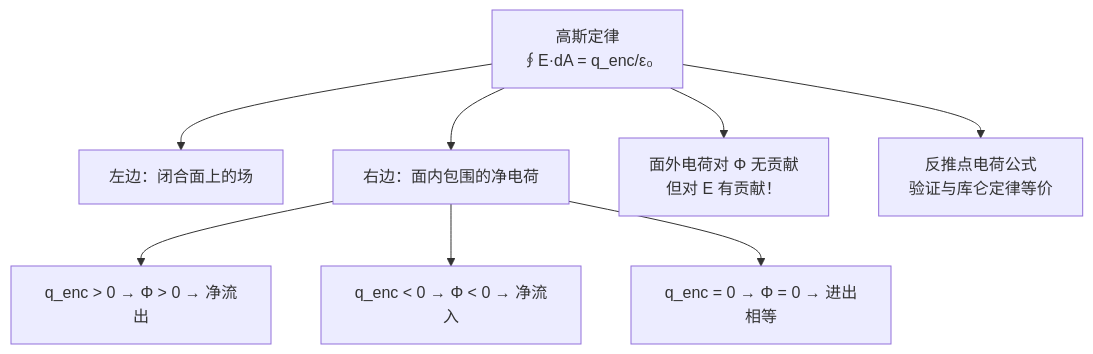
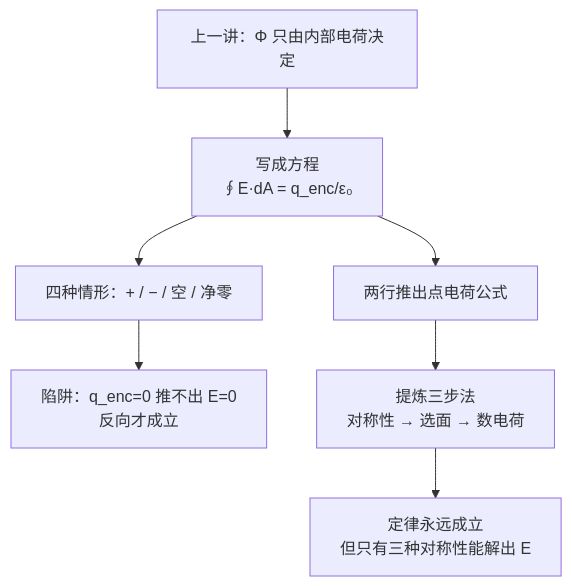
One commit to KayeAdams515/ClaudeNotes changed the first of 2 diagrams in 物理/C23.2 高斯定律.md. Above: the diagram before and after it, drawn with Mermaid. The commit also changed other lines of this file and 74 other files, not shown here.

````diff
--- a/物理/C23.2 高斯定律.md
+++ b/物理/C23.2 高斯定律.md
@@ -15,10 +21,9 @@
 ```mermaid
 graph TD
-    A["高斯定律<br/>∮E·dA = q_enc/ε₀"] --> B["左边：闭合面上的场"]
-    A --> C["右边：面内包围的净电荷"]
-    C --> D["q_enc > 0 → Φ > 0 → 净流出"]
-    C --> E["q_enc < 0 → Φ < 0 → 净流入"]
-    C --> F["q_enc = 0 → Φ = 0 → 进出相等"]
-    A --> G["面外电荷对 Φ 无贡献<br/>但对 E 有贡献！"]
-    A --> H["反推点电荷公式<br/>验证与库仑定律等价"]
+    A["上一讲：Φ 只由内部电荷决定"] --> B["写成方程<br/>∮E·dA = q_enc/ε₀"]
+    B --> C["四种情形：+ / − / 空 / 净零"]
+    C --> D["陷阱：q_enc=0 推不出 E=0<br/>反向才成立"]
+    B --> E["两行推出点电荷公式"]
+    E --> F["提炼三步法<br/>对称性 → 选面 → 数电荷"]
+    F --> G["定律永远成立<br/>但只有三种对称性能解出 E"]
 ```
````
